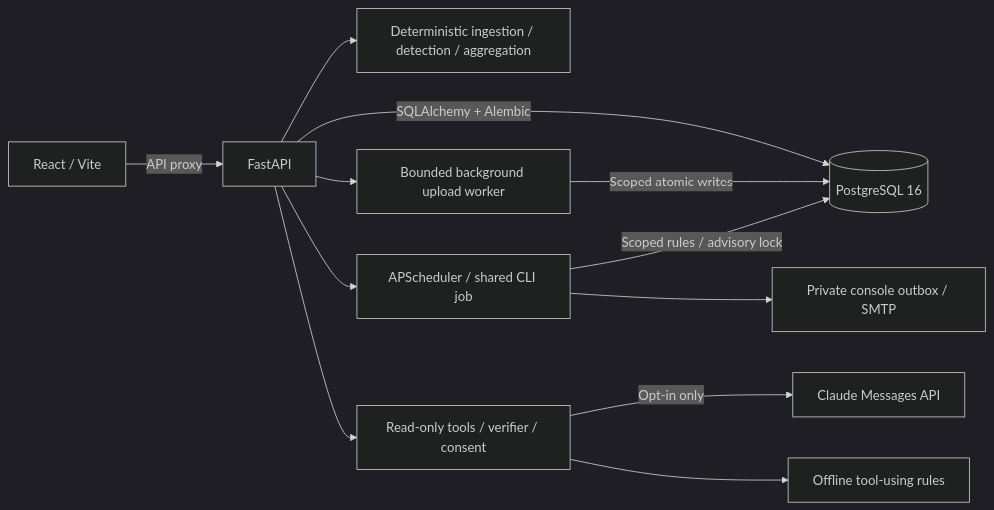
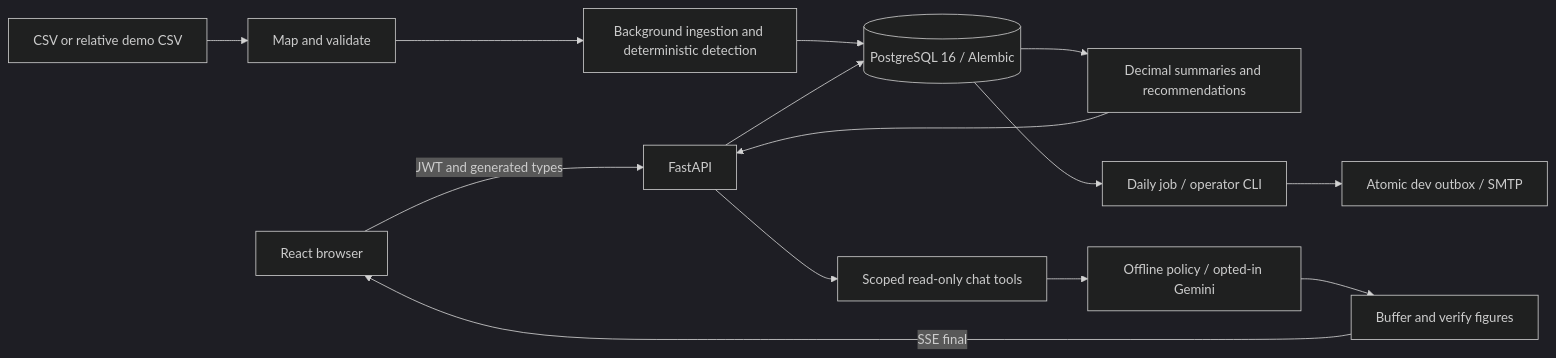
The diagram in README.md (devendrarajsingh07/AI-Powered-Subscription-Recurring-Payment-Manager), drawn with Mermaid (dark theme) before and after one commit. The commit also changed other lines of this file and 25 other files, not shown here.

````diff
--- a/README.md
+++ b/README.md
@@ -360,14 +60,16 @@
 ```mermaid
 flowchart LR
-    Browser[React / Vite] -->|API proxy| API[FastAPI]
-    API -->|SQLAlchemy + Alembic| DB[(PostgreSQL 16)]
-    API --> Rules[Deterministic ingestion / detection / aggregation]
-    API --> Worker[Bounded background upload worker]
-    Worker -->|Scoped atomic writes| DB
-    API --> Jobs[APScheduler / shared CLI job]
-    Jobs -->|Scoped rules / advisory lock| DB
-    Jobs --> Notifier[Private console outbox / SMTP]
-    API --> Chat[Read-only tools / verifier / consent]
-    Chat -->|Opt-in only| Claude[Claude Messages API]
-    Chat --> Offline[Offline tool-using rules]
+  Browser[React browser] -->|JWT and generated types| API[FastAPI]
+  CSV[CSV or relative demo CSV] --> Preview[Map and validate]
+  Preview --> Worker[Background ingestion and deterministic detection]
+  Worker --> DB[(PostgreSQL 16 / Alembic)]
+  API --> DB
+  DB --> Math[Decimal summaries and recommendations]
+  Math --> API
+  DB --> Job[Daily job / operator CLI]
+  Job --> Mail[Atomic dev outbox / SMTP]
+  API --> Tools[Scoped read-only chat tools]
+  Tools --> Model[Offline policy / opted-in Gemini]
+  Model --> Verify[Buffer and verify figures]
+  Verify -->|SSE final| Browser
 ```
````
